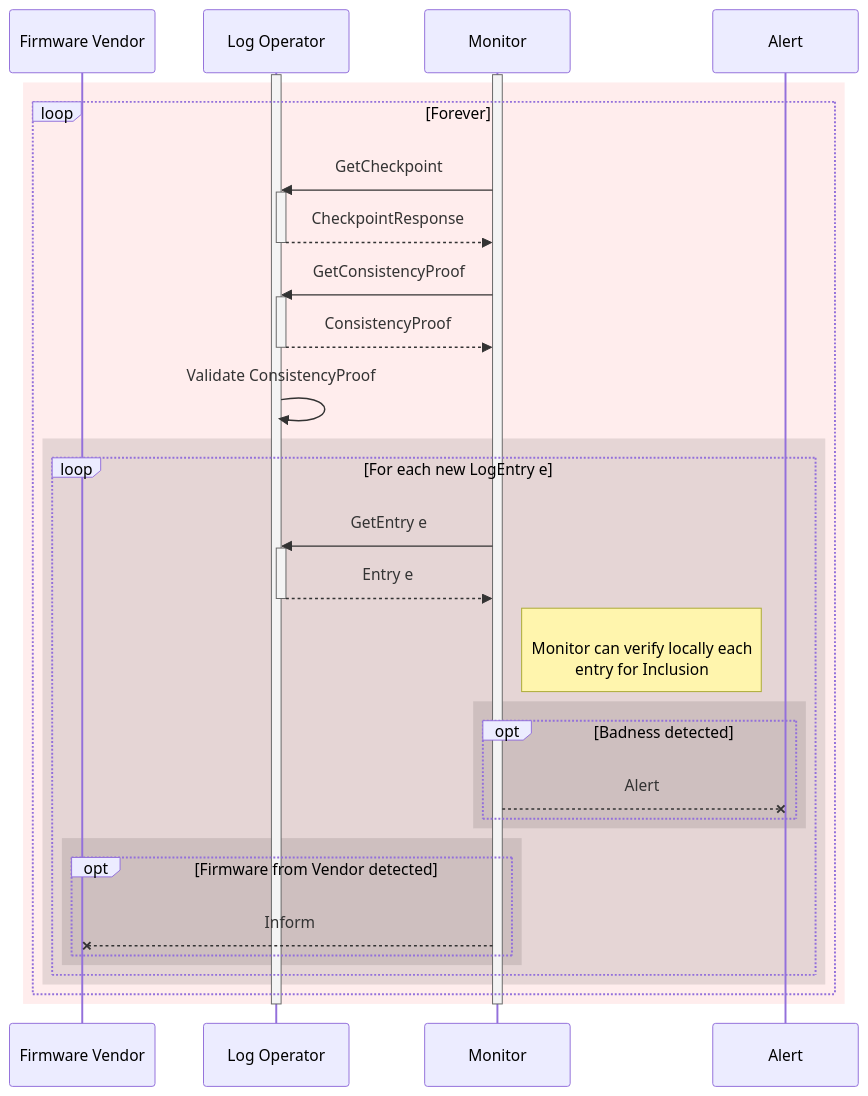
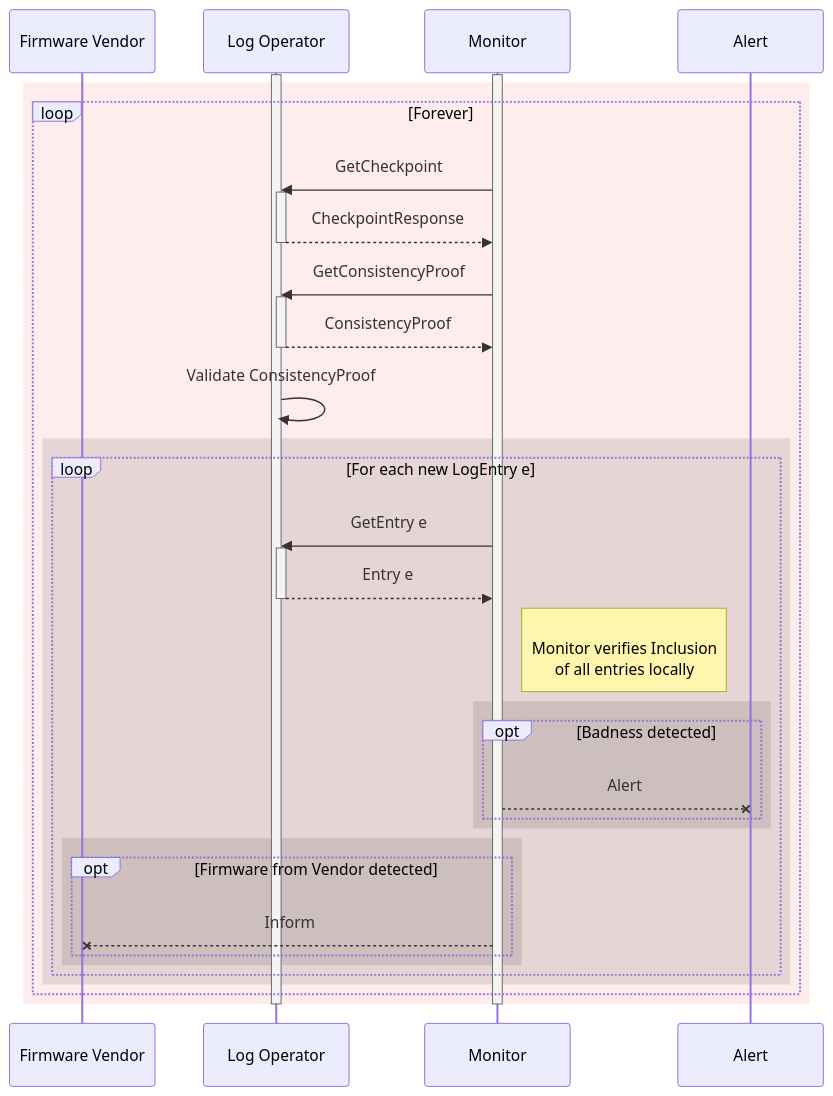
Before and after one commit to google/trillian-examples: the diagram in binary_transparency/firmware/docs/design/diagrams/fw_monitor.mmd, drawn with Mermaid. The commit also changed 8 other files, not shown here.

```diff
--- a/binary_transparency/firmware/docs/design/diagrams/fw_monitor.mmd
+++ b/binary_transparency/firmware/docs/design/diagrams/fw_monitor.mmd
@@ -1,38 +1,38 @@
 sequenceDiagram
     participant vendor as Firmware Vendor
     participant log as Log Operator
     participant monitor as Monitor
     participant alert as Alert
 
     activate log
     activate monitor
     rect rgba(255,80,80,0.1)
-    loop Forever
+        loop Forever
 
-        monitor ->>+ log: GetCheckpoint
-        log -->>- monitor: CheckpointResponse
-        monitor ->>+ log: GetConsistencyProof
-        log -->>- monitor: ConsistencyProof
-        log ->> log: Validate ConsistencyProof
+            monitor ->>+ log: GetCheckpoint
+            log -->>- monitor: CheckpointResponse
+            monitor ->>+ log: GetConsistencyProof
+            log -->>- monitor: ConsistencyProof
+            log ->> log: Validate ConsistencyProof
 
-        rect rgba(0, 0, 0, 0.1)
-        loop For each new LogEntry e
-            monitor ->>+ log: GetEntry e
-            log -->>- monitor: Entry e
-            note right of monitor: <br> Monitor can verify locally each <br> entry for Inclusion
-            rect rgba(1, 0, 0, 0.1)
-                opt Badness detected
-                    monitor --X alert: Alert
-                end
-            end
             rect rgba(0, 0, 0, 0.1)
-                opt Firmware from Vendor detected
-                    monitor --X vendor: Inform
+                loop For each new LogEntry e
+                    monitor ->>+ log: GetEntry e
+                    log -->>- monitor: Entry e
+                    note right of monitor: <br> Monitor verifies Inclusion <br> of all entries locally
+                    rect rgba(1, 0, 0, 0.1)
+                        opt Badness detected
+                            monitor --X alert: Alert
+                        end
+                    end
+                    rect rgba(0, 0, 0, 0.1)
+                        opt Firmware from Vendor detected
+                            monitor --X vendor: Inform
+                        end
+                    end
                 end
             end
         end
-        end
-    end
     end
     deactivate monitor
-    deactivate log
+    deactivate log 
```
